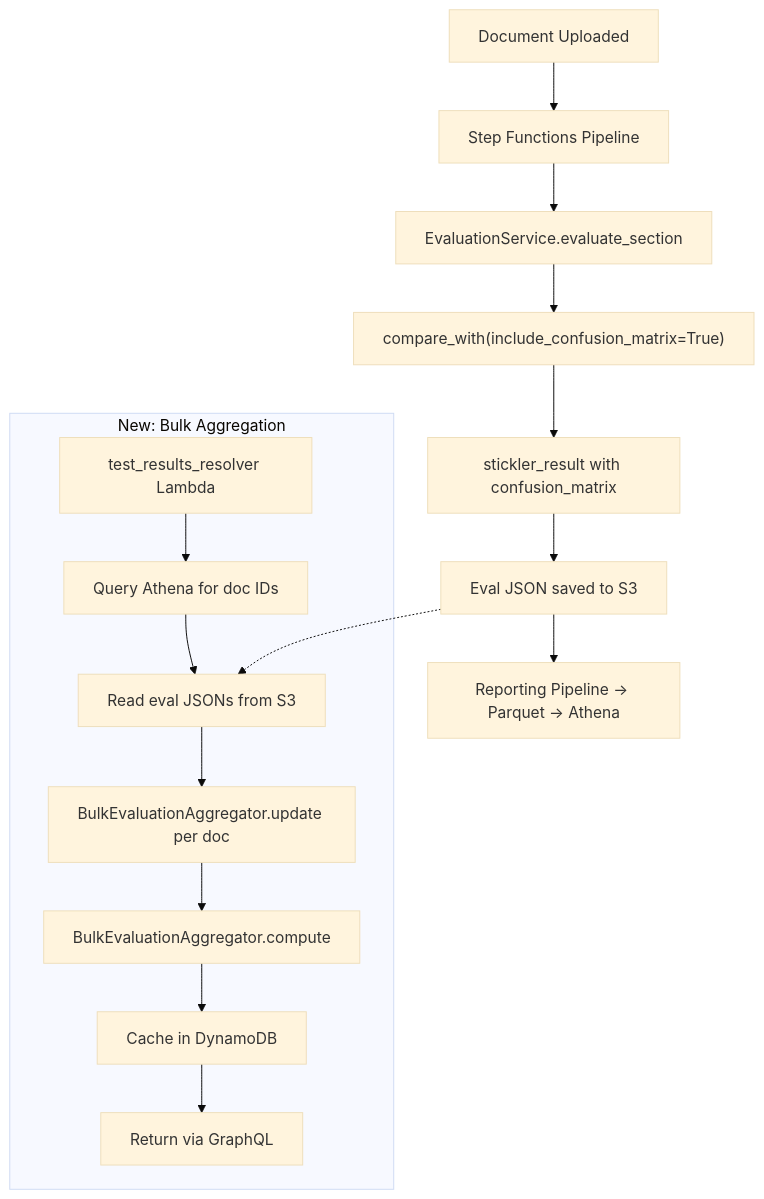
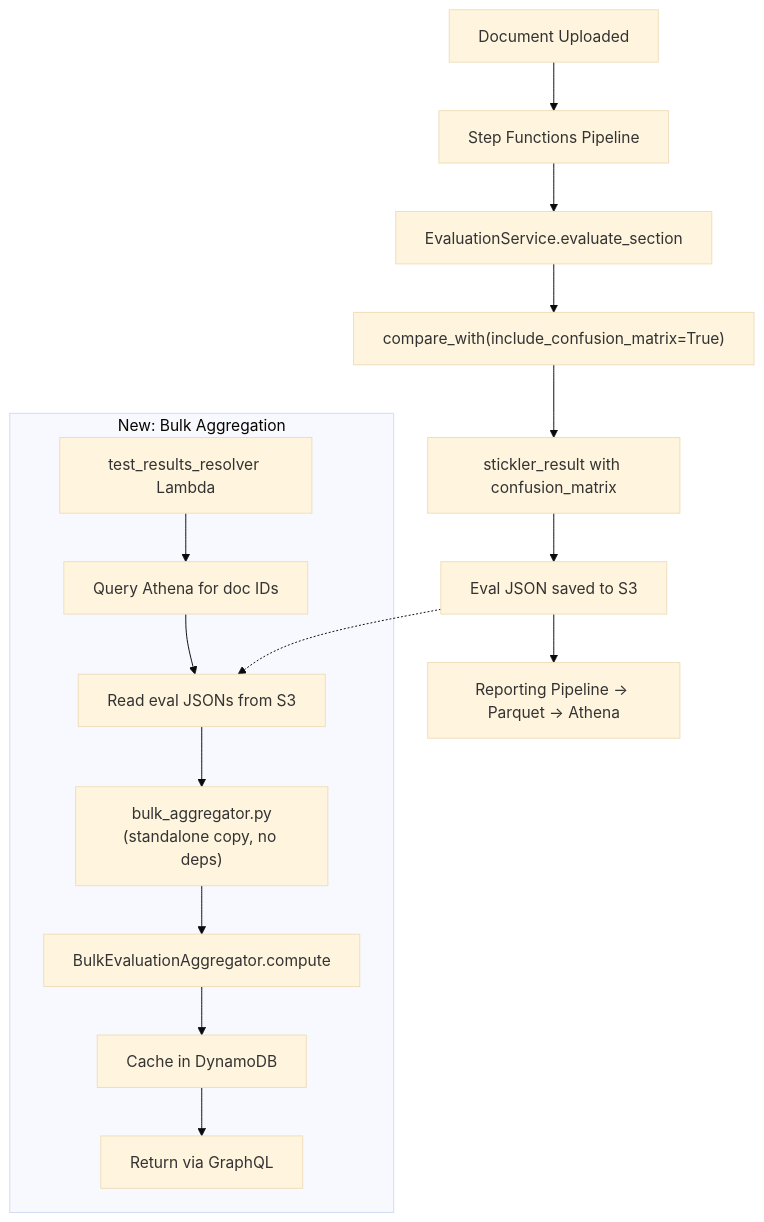
Before and after one commit to vawsgit/accelerated-intelligent-document-processing-on-aws: the diagram in lib/idp_common_pkg/idp_common/evaluation/bulk/plan/data-flow.md, drawn with Mermaid (base theme). The commit also changed other lines of this file and 10 other files, not shown here.

````diff
--- a/lib/idp_common_pkg/idp_common/evaluation/bulk/plan/data-flow.md
+++ b/lib/idp_common_pkg/idp_common/evaluation/bulk/plan/data-flow.md
@@ -5,22 +5,22 @@
 ```mermaid
 flowchart TD
     A[Document Uploaded] --> B[Step Functions Pipeline]
     B --> C[EvaluationService.evaluate_section]
     C --> D["compare_with(include_confusion_matrix=True)"]
     D --> E[stickler_result with confusion_matrix]
     E --> F[Eval JSON saved to S3]
     F --> G[Reporting Pipeline → Parquet → Athena]
 
     subgraph "New: Bulk Aggregation"
         H[test_results_resolver Lambda]
         I[Query Athena for doc IDs]
         J[Read eval JSONs from S3]
-        K[BulkEvaluationAggregator.update per doc]
+        K["bulk_aggregator.py<br/>(standalone copy, no deps)"]
         L[BulkEvaluationAggregator.compute]
         M[Cache in DynamoDB]
         N[Return via GraphQL]
     end
 
     H --> I --> J --> K --> L --> M --> N
     F -.-> J
 ```
````
